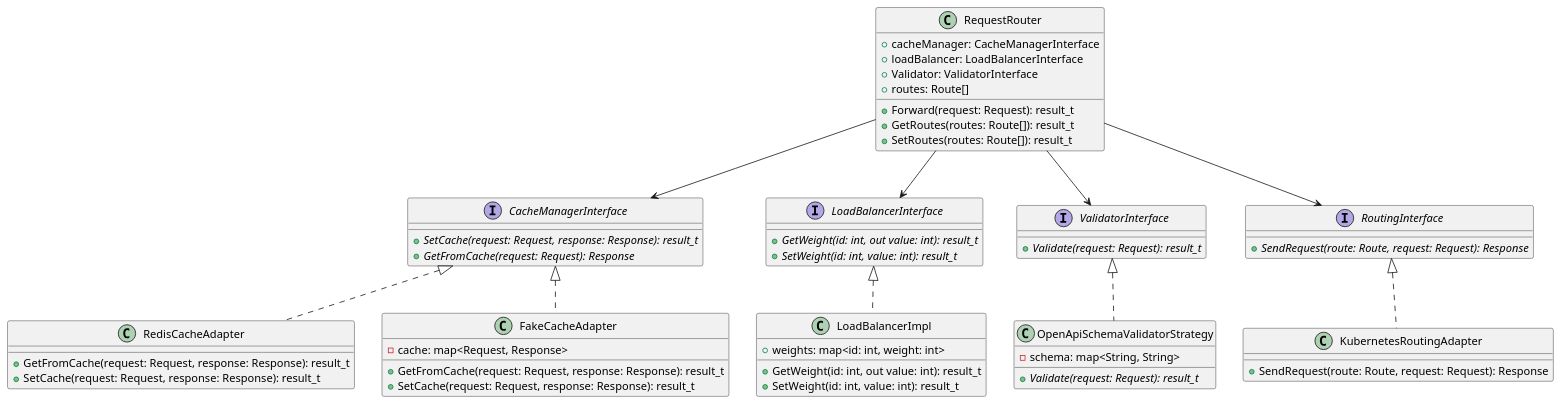
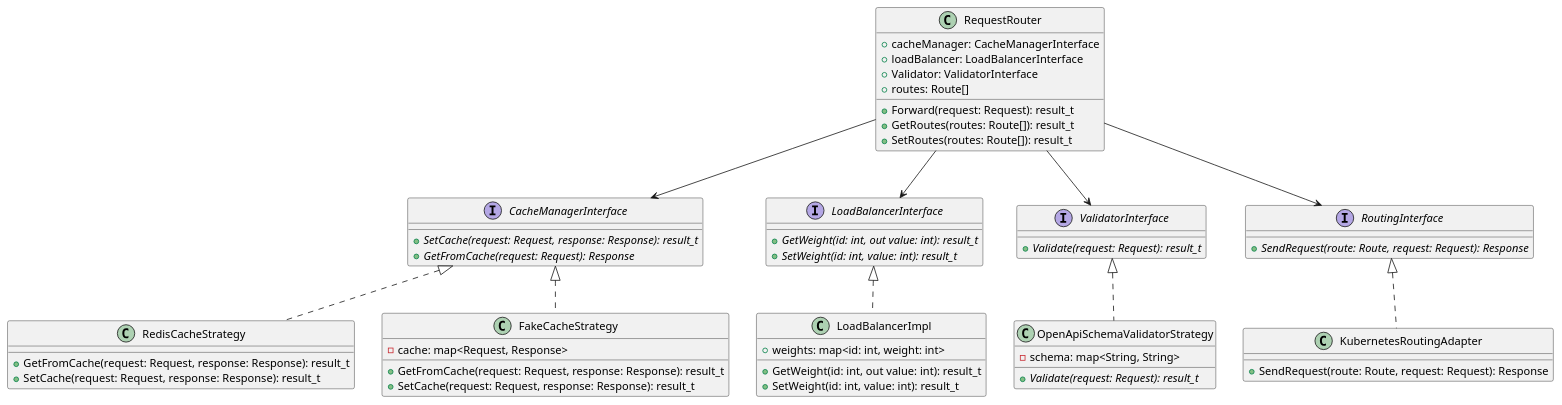
Before and after one commit to fanglores/Advanced-Software-Design: the diagram in PracticeTasks/Module2/Task_12/RequestRouter.puml, drawn with PlantUML. The commit also changed 4 other files, not shown here.

```diff
--- a/PracticeTasks/Module2/Task_12/RequestRouter.puml
+++ b/PracticeTasks/Module2/Task_12/RequestRouter.puml
@@ -1,61 +1,61 @@
 @startuml
 class RequestRouter {
   +cacheManager: CacheManagerInterface
   +loadBalancer: LoadBalancerInterface
   +Validator: ValidatorInterface
   +routes: Route[]
   +Forward(request: Request): result_t
   +GetRoutes(routes: Route[]): result_t
   +SetRoutes(routes: Route[]): result_t
 }
 
 interface CacheManagerInterface {
   {abstract} +SetCache(request: Request, response: Response): result_t
   {abstract} +GetFromCache(request: Request): Response
 }
 
-class RedisCacheAdapter implements CacheManagerInterface {
+class RedisCacheStrategy implements CacheManagerInterface {
   +GetFromCache(request: Request, response: Response): result_t
   +SetCache(request: Request, response: Response): result_t
 }
 
-class FakeCacheAdapter implements CacheManagerInterface {
+class FakeCacheStrategy implements CacheManagerInterface {
   -cache: map<Request, Response>
   +GetFromCache(request: Request, response: Response): result_t
   +SetCache(request: Request, response: Response): result_t
 }
 
 interface LoadBalancerInterface {
   {abstract} +GetWeight(id: int, out value: int): result_t
   {abstract} +SetWeight(id: int, value: int): result_t
 
 }
 
 class LoadBalancerImpl implements LoadBalancerInterface {
   +weights: map<id: int, weight: int>
   +GetWeight(id: int, out value: int): result_t
   +SetWeight(id: int, value: int): result_t
 }
 
 interface ValidatorInterface {
   {abstract} +Validate(request: Request): result_t
 }
 
 class OpenApiSchemaValidatorStrategy implements ValidatorInterface {
   -schema: map<String, String>
   {abstract} +Validate(request: Request): result_t
 }
 
 interface RoutingInterface {
   {abstract} +SendRequest(route: Route, request: Request): Response
 }
 
 class KubernetesRoutingAdapter implements RoutingInterface {
   +SendRequest(route: Route, request: Request): Response
 }
 
 RequestRouter --> RoutingInterface
 RequestRouter --> CacheManagerInterface
 RequestRouter --> LoadBalancerInterface
 RequestRouter --> ValidatorInterface
 @enduml
```
